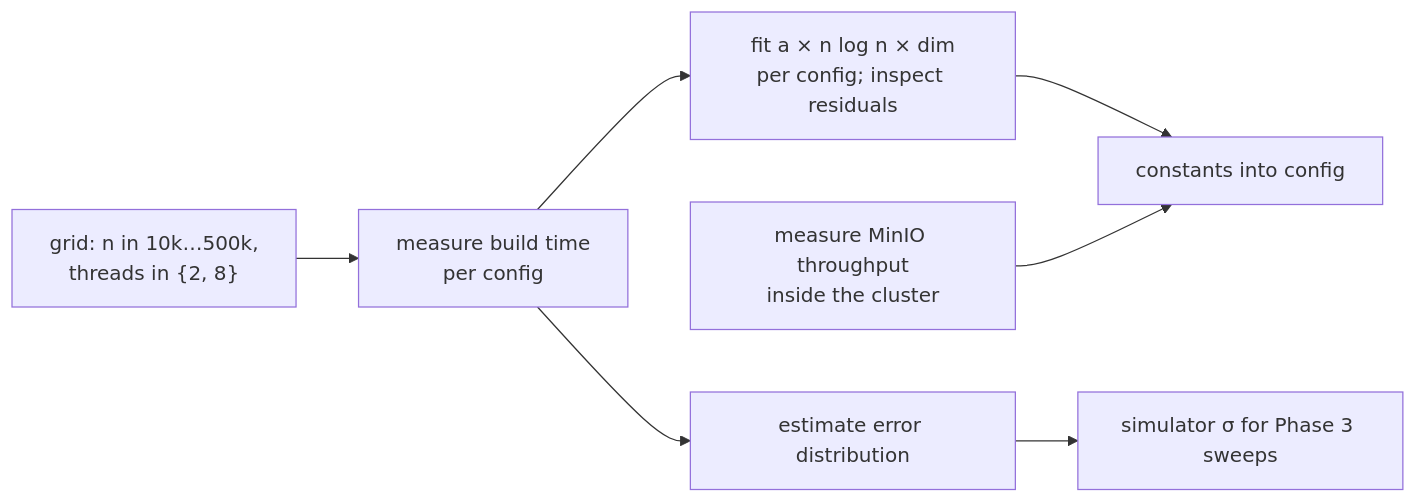
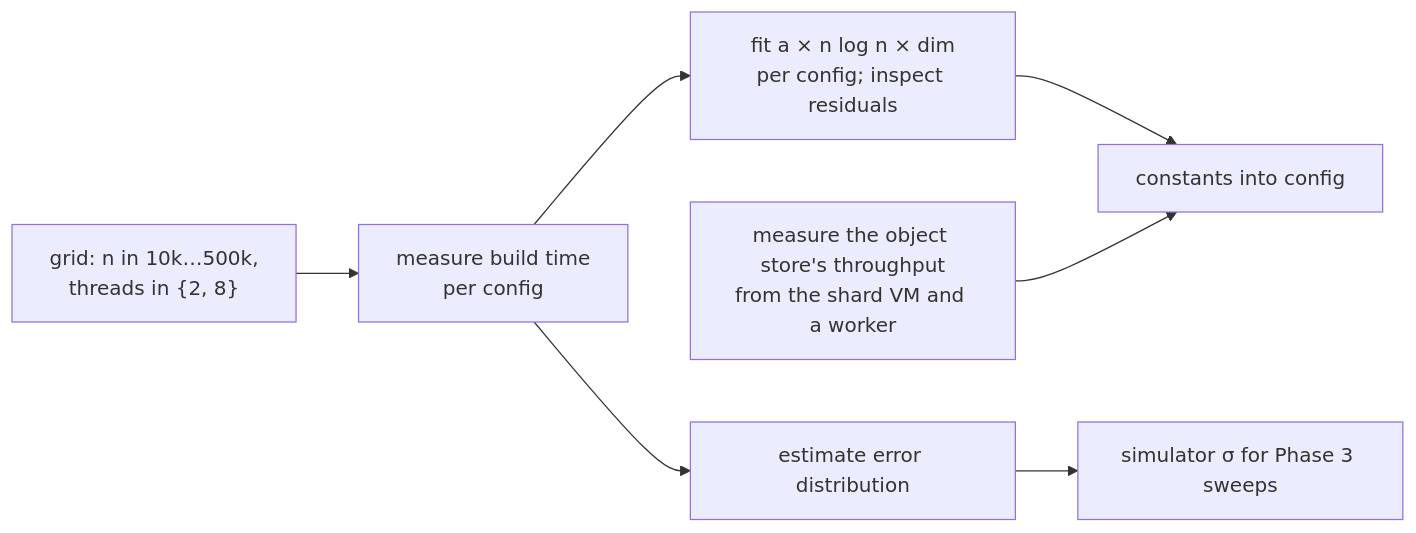
Before and after one commit to arqbca11/HNSWonGPUs: the third of 3 diagrams in docs/design/phase4-hnswlib.md, drawn with Mermaid. The commit also changed other lines of this file and 15 other files, not shown here.

````diff
--- a/docs/design/phase4-hnswlib.md
+++ b/docs/design/phase4-hnswlib.md
@@ -69,9 +69,9 @@
 ```mermaid
 flowchart LR
     G["grid: n in 10k…500k,<br/>threads in {2, 8}"] --> M["measure build time<br/>per config"]
     M --> F["fit a × n log n × dim<br/>per config; inspect residuals"]
     F --> C["constants into config"]
     M --> E["estimate error distribution"]
     E --> S["simulator σ for Phase 3 sweeps"]
-    T["measure MinIO throughput<br/>inside the cluster"] --> C
+    T["measure the object store's throughput<br/>from the shard VM and a worker"] --> C
 ```
````
